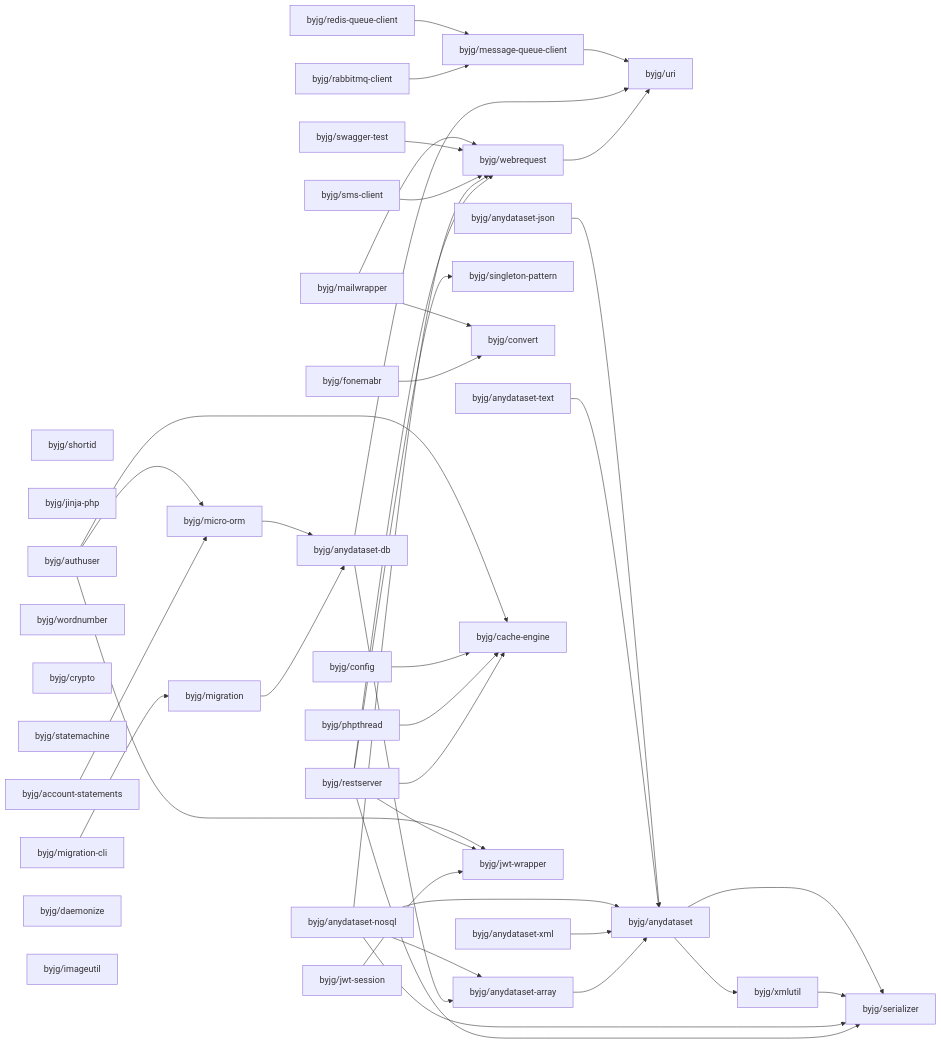
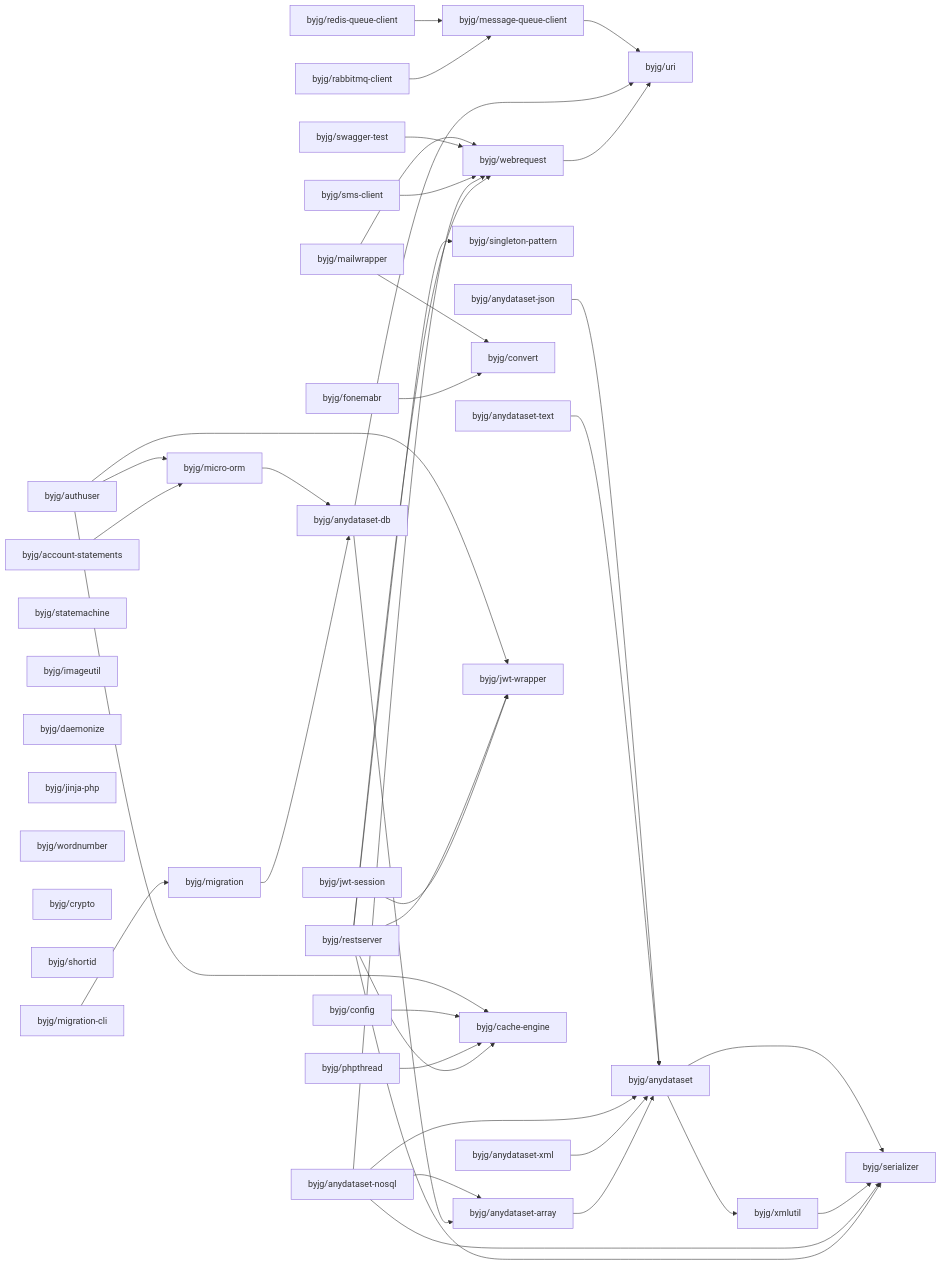
One commit to byjg/byjg.github.io changed the diagram in docs/php/README.md. Above: the diagram before and after it, drawn with Mermaid. The commit also changed other lines of this file, not shown here.

Commit message:
Update documentation 'php' 'php-migration'

````diff
--- a/docs/php/README.md
+++ b/docs/php/README.md
@@ -3,78 +3,78 @@
 ```mermaid
 graph LR;
-  byjg/shortid;
-  byjg/jinja-php;
-  byjg/config;
-  byjg/phpthread;
+  byjg/anydataset-text;
+  byjg/anydataset-nosql;
+  byjg/authuser;
+  byjg/restserver;
   byjg/fonemabr;
-  byjg/migration-cli;
+  byjg/account-statements;
   byjg/sms-client;
-  byjg/anydataset-nosql;
   byjg/rabbitmq-client;
   byjg/redis-queue-client;
-  byjg/jwt-session;
-  byjg/wordnumber;
-  byjg/anydataset-xml;
-  byjg/crypto;
-  byjg/restserver;
   byjg/statemachine;
-  byjg/account-statements;
-  byjg/anydataset-text;
+  byjg/imageutil;
+  byjg/anydataset-json;
+  byjg/daemonize;
   byjg/mailwrapper;
   byjg/swagger-test;
-  byjg/authuser;
-  byjg/anydataset-json;
-  byjg/daemonize;
-  byjg/imageutil;
-  byjg/migration;
+  byjg/jwt-session;
+  byjg/jinja-php;
+  byjg/wordnumber;
+  byjg/crypto;
+  byjg/shortid;
+  byjg/phpthread;
+  byjg/config;
+  byjg/anydataset-xml;
+  byjg/migration-cli;
+  byjg/singleton-pattern;
+  byjg/micro-orm;
   byjg/message-queue-client;
-  byjg/singleton-pattern;
   byjg/convert;
   byjg/webrequest;
-  byjg/micro-orm;
+  byjg/jwt-wrapper;
   byjg/cache-engine;
-  byjg/jwt-wrapper;
+  byjg/migration;
   byjg/anydataset-db;
   byjg/anydataset-array;
   byjg/uri;
   byjg/anydataset;
   byjg/xmlutil;
   byjg/serializer;
   byjg/account-statements --> byjg/micro-orm;
   byjg/fonemabr --> byjg/convert;
   byjg/webrequest --> byjg/uri;
   byjg/anydataset-array --> byjg/anydataset;
   byjg/anydataset-xml --> byjg/anydataset;
   byjg/rabbitmq-client --> byjg/message-queue-client;
   byjg/redis-queue-client --> byjg/message-queue-client;
   byjg/jwt-session --> byjg/jwt-wrapper;
   byjg/anydataset-db --> byjg/anydataset-array;
   byjg/anydataset-db --> byjg/uri;
   byjg/restserver --> byjg/serializer;
   byjg/restserver --> byjg/singleton-pattern;
   byjg/restserver --> byjg/cache-engine;
   byjg/restserver --> byjg/webrequest;
   byjg/restserver --> byjg/jwt-wrapper;
   byjg/migration --> byjg/anydataset-db;
   byjg/anydataset-nosql --> byjg/anydataset;
   byjg/anydataset-nosql --> byjg/anydataset-array;
   byjg/anydataset-nosql --> byjg/serializer;
   byjg/anydataset-nosql --> byjg/webrequest;
   byjg/phpthread --> byjg/cache-engine;
   byjg/sms-client --> byjg/webrequest;
   byjg/swagger-test --> byjg/webrequest;
   byjg/migration-cli --> byjg/migration;
   byjg/config --> byjg/cache-engine;
   byjg/anydataset-text --> byjg/anydataset;
   byjg/micro-orm --> byjg/anydataset-db;
   byjg/authuser --> byjg/micro-orm;
   byjg/authuser --> byjg/cache-engine;
   byjg/authuser --> byjg/jwt-wrapper;
   byjg/anydataset-json --> byjg/anydataset;
   byjg/mailwrapper --> byjg/convert;
   byjg/mailwrapper --> byjg/webrequest;
   byjg/xmlutil --> byjg/serializer;
   byjg/anydataset --> byjg/serializer;
   byjg/anydataset --> byjg/xmlutil;
   byjg/message-queue-client --> byjg/uri;
 ```
````
